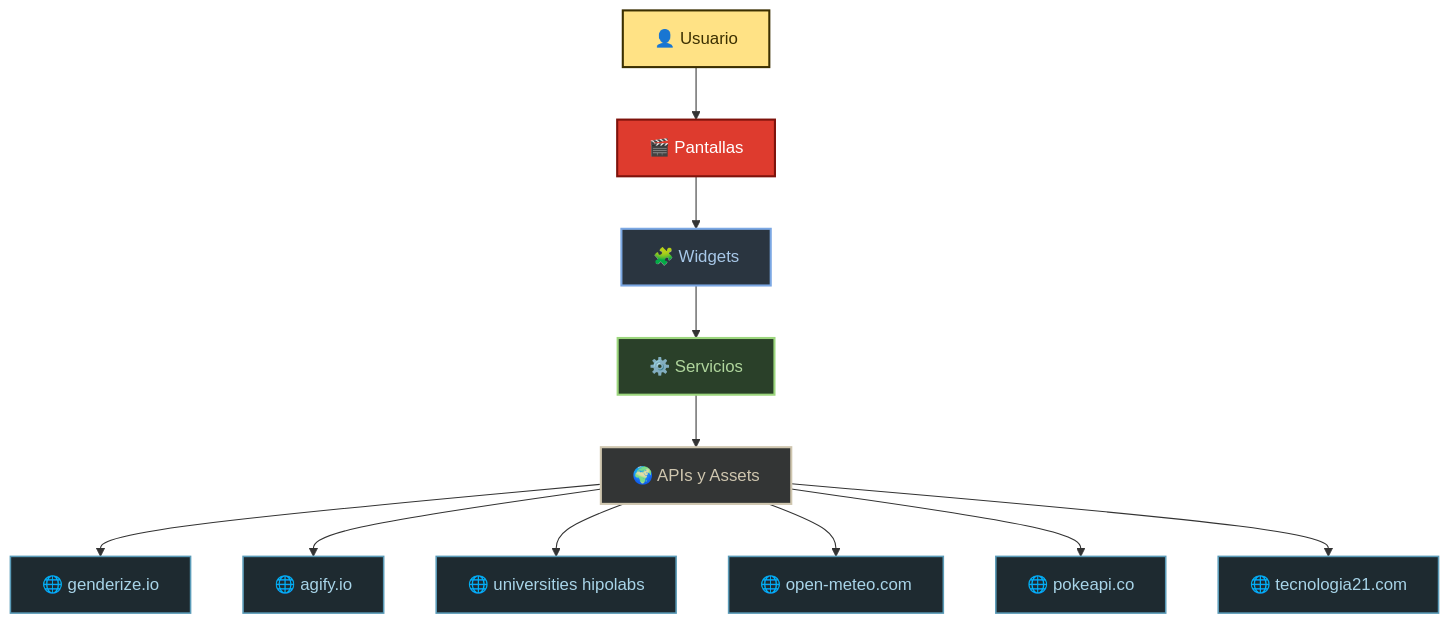
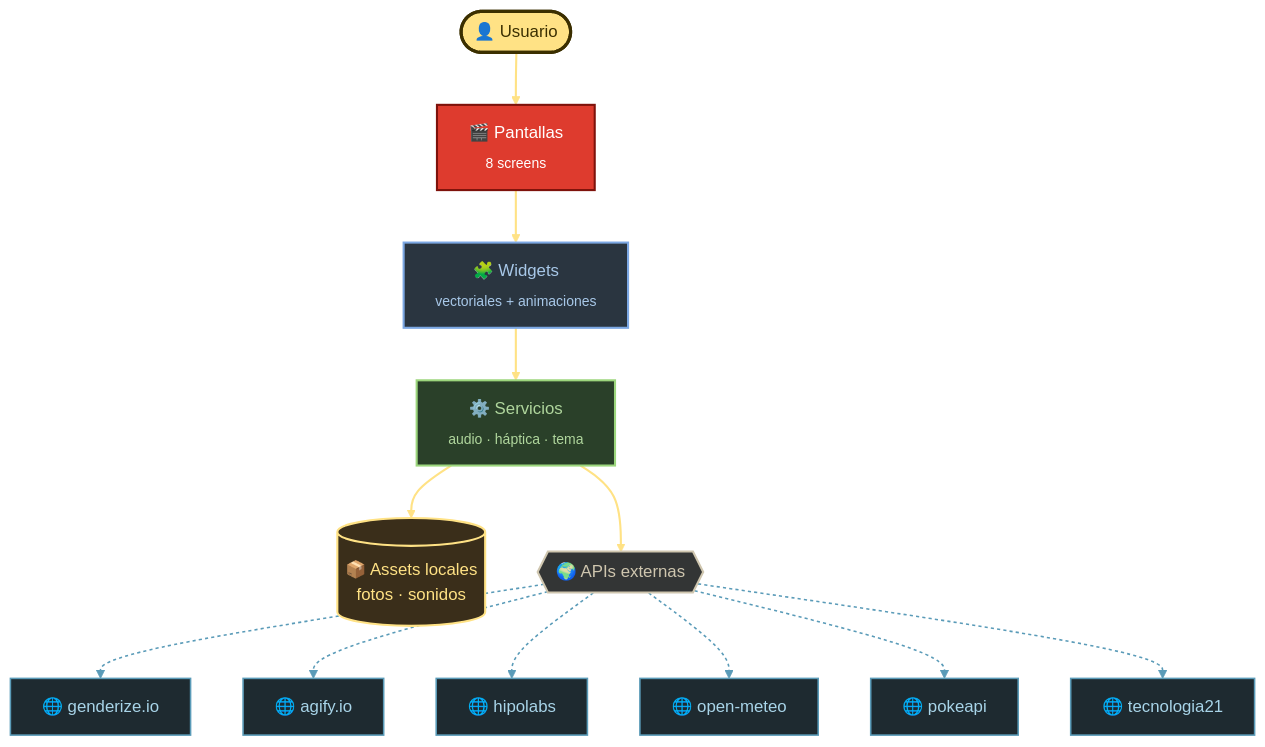
The first of 3 diagrams in README.md (yeisondev001/Tarea5), drawn with Mermaid before and after one commit. The commit also changed other lines of this file, not shown here.

Commit message:
docs: arquitectura mejorada con hub de APIs, assets locales y leyenda de flechas

````diff
--- a/README.md
+++ b/README.md
@@ -119,24 +119,31 @@
 ```mermaid
 flowchart TD
-    A[👤 Usuario]:::user
-    B[🎬 Pantallas]:::screens
-    C[🧩 Widgets]:::widgets
-    D[⚙️ Servicios]:::services
-    E[🌍 APIs y Assets]:::external
+    A(["👤 Usuario"]):::user
+    B["🎬 Pantallas<br/><sub>8 screens</sub>"]:::screens
+    C["🧩 Widgets<br/><sub>vectoriales + animaciones</sub>"]:::widgets
+    D["⚙️ Servicios<br/><sub>audio · háptica · tema</sub>"]:::services
 
-    A --> B --> C --> D --> E
+    A ==> B
+    B ==> C
+    C ==> D
+    D ==> Assets[("📦 Assets locales<br/>fotos · sonidos")]:::assets
+    D ==> APIs{{🌍 APIs externas}}:::apihub
 
-    E --> API1[🌐 genderize.io]:::api
-    E --> API2[🌐 agify.io]:::api
-    E --> API3[🌐 universities hipolabs]:::api
-    E --> API4[🌐 open-meteo.com]:::api
-    E --> API5[🌐 pokeapi.co]:::api
-    E --> API6[🌐 tecnologia21.com]:::api
+    APIs --> API1[🌐 genderize.io]:::api
+    APIs --> API2[🌐 agify.io]:::api
+    APIs --> API3[🌐 hipolabs]:::api
+    APIs --> API4[🌐 open-meteo]:::api
+    APIs --> API5[🌐 pokeapi]:::api
+    APIs --> API6[🌐 tecnologia21]:::api
 
-    classDef user fill:#FFE285,color:#3B2F00,stroke:#3B2F00,stroke-width:2px
+    classDef user fill:#FFE285,color:#3B2F00,stroke:#3B2F00,stroke-width:3px
     classDef screens fill:#DE3B2E,color:#fff,stroke:#7E120B,stroke-width:2px
     classDef widgets fill:#2A3540,color:#A8C8E8,stroke:#7BA7E3,stroke-width:2px
     classDef services fill:#2A4029,color:#B0D69D,stroke:#9CD67D,stroke-width:2px
-    classDef external fill:#333535,color:#CFC6AF,stroke:#CFC6AF,stroke-width:2px
+    classDef assets fill:#3A2E1A,color:#FFE285,stroke:#FFE285,stroke-width:2px
+    classDef apihub fill:#333535,color:#CFC6AF,stroke:#CFC6AF,stroke-width:2px
     classDef api fill:#1E2A30,color:#A8D4E8,stroke:#5A9BB8,stroke-width:1.5px
+
+    linkStyle 0,1,2,3,4 stroke:#FFE285,stroke-width:2px
+    linkStyle 5,6,7,8,9,10 stroke:#5A9BB8,stroke-width:1.5px,stroke-dasharray:3 3
 ```
````
